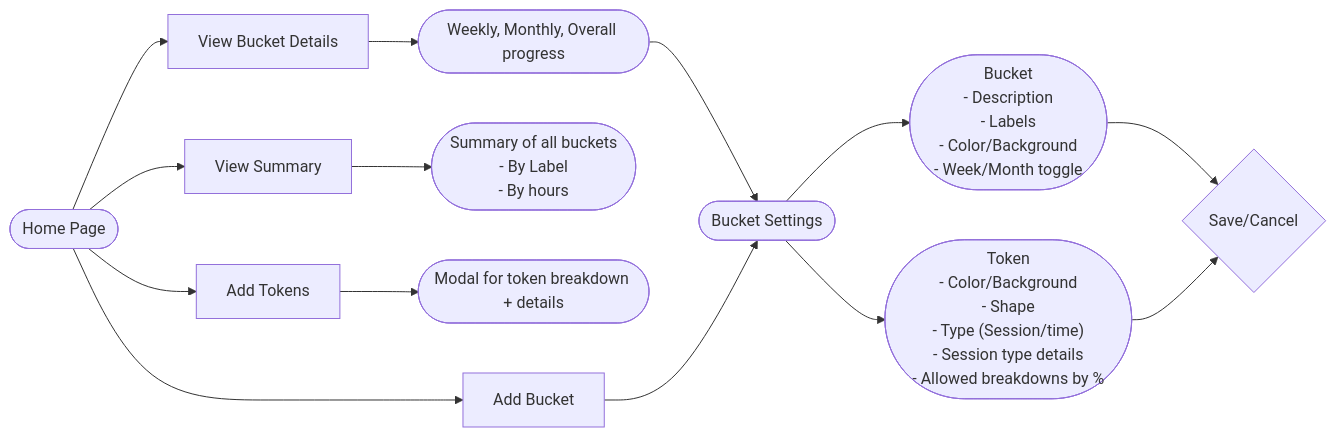
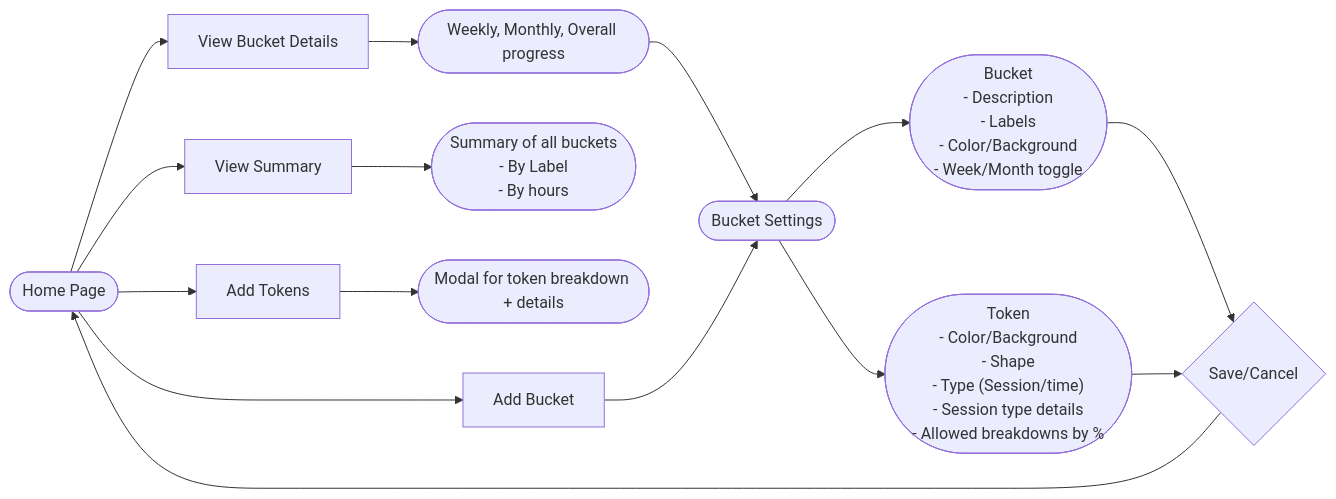
Before and after one commit to Brandontzhang/daily-tokens: the second of 2 diagrams in README.md, drawn with Mermaid.

Commit message:
Fix for token management flow

````diff
--- a/README.md
+++ b/README.md
@@ -46,36 +46,36 @@
   ```mermaid
   flowchart LR
       A([Home Page])
       B[View Summary]
       C[Add Tokens]
       D[View Bucket Details]
       E[Add Bucket]
       F(["Summary of all buckets
           - By Label
           - By hours"])
       G([Modal for token breakdown + details])
       H([Weekly, Monthly, Overall progress])
       I([Bucket Settings])
       J{Save/Cancel}
       K(["Bucket
           - Description
           - Labels
           - Color/Background
           - Week/Month toggle"])
       L(["Token
           - Color/Background
           - Shape
           - Type (Session/time)
           - Session type details
           - Allowed breakdowns by %"])
       A --> B
       A --> C
       A --> D
       A --> E
       B --> F
       C --> G
       D --> H
       H --> I
       E --> I
-      I --> K & L --> J
+      I --> K & L --> J --> A
   ```
````
